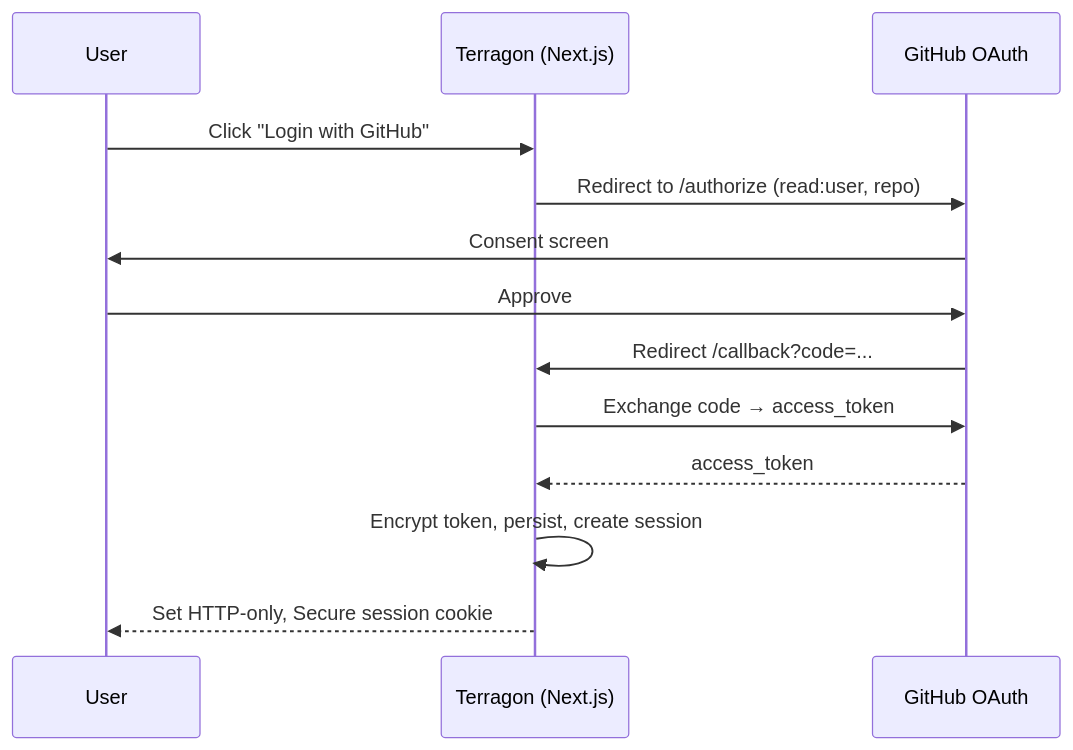
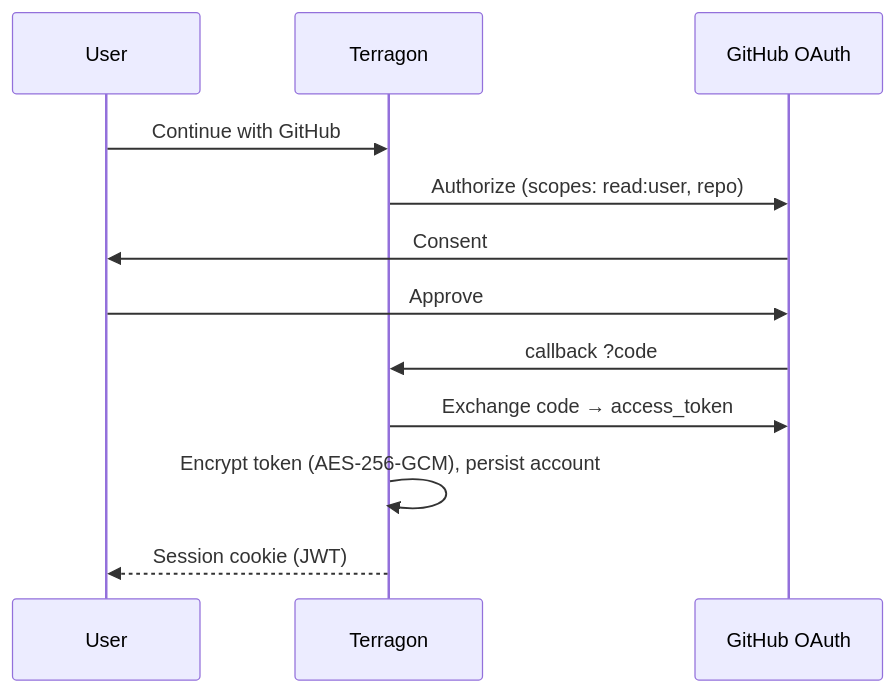
The second of 7 diagrams in docs/architecture.md (vedanta/terragon), drawn with Mermaid before and after one commit. The commit also changed other lines of this file and 11 other files, not shown here.

````diff
--- a/docs/architecture.md
+++ b/docs/architecture.md
@@ -99,16 +64,14 @@
 ```mermaid
 sequenceDiagram
   participant U as User
-  participant M as Terragon (Next.js)
+  participant T as Terragon
   participant GH as GitHub OAuth
-
-  U->>M: Click "Login with GitHub"
-  M->>GH: Redirect to /authorize (read:user, repo)
-  GH->>U: Consent screen
+  U->>T: Continue with GitHub
+  T->>GH: Authorize (scopes: read:user, repo)
+  GH->>U: Consent
   U->>GH: Approve
-  GH->>M: Redirect /callback?code=...
-  M->>GH: Exchange code → access_token
-  GH-->>M: access_token
-  M->>M: Encrypt token, persist, create session
-  M-->>U: Set HTTP-only, Secure session cookie
+  GH->>T: callback ?code
+  T->>GH: Exchange code → access_token
+  T->>T: Encrypt token (AES-256-GCM), persist account
+  T-->>U: Session cookie (JWT)
 ```
````
